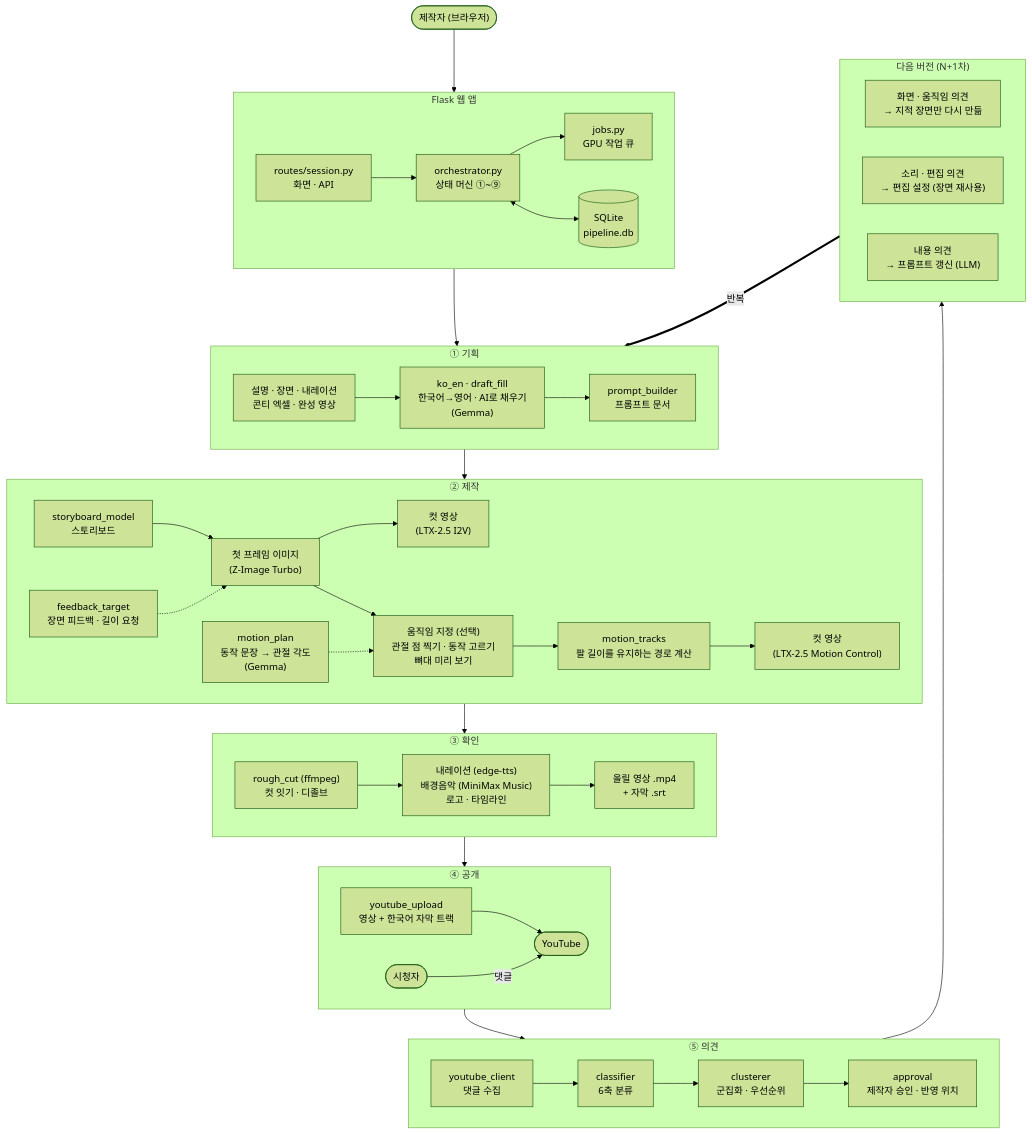
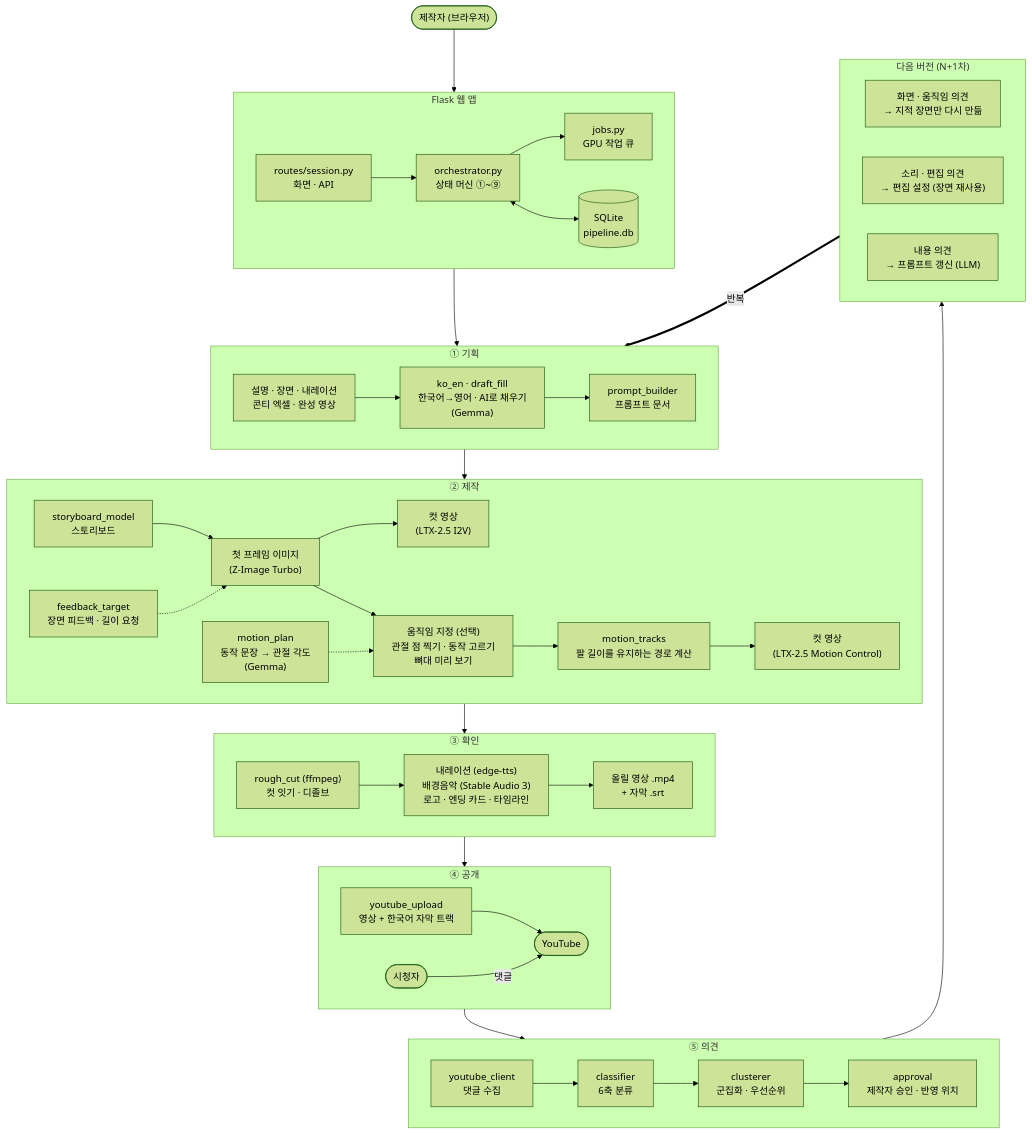
One commit to pgh165/project-ai-feedback changed the diagram in README.md. Above: the diagram before and after it, drawn with Mermaid (forest theme). The commit also changed other lines of this file and 30 other files, not shown here.

````diff
--- a/README.md
+++ b/README.md
@@ -86,50 +86,50 @@
 ```mermaid
 flowchart TB
     user(["제작자 (브라우저)"]) --> app
 
     subgraph app["Flask 웹 앱"]
         direction LR
         routes["routes/session.py<br/>화면 · API"] --> orch["orchestrator.py<br/>상태 머신 ①~⑨"] --> jobs["jobs.py<br/>GPU 작업 큐"]
         orch <--> db[("SQLite<br/>pipeline.db")]
     end
 
     subgraph s1["① 기획"]
         direction LR
         in1["설명 · 장면 · 내레이션<br/>콘티 엑셀 · 완성 영상"] --> koen["ko_en · draft_fill<br/>한국어→영어 · AI로 채우기<br/>(Gemma)"] --> prompt["prompt_builder<br/>프롬프트 문서"]
     end
 
     subgraph s2["② 제작"]
         direction LR
         sb["storyboard_model<br/>스토리보드"] --> img["첫 프레임 이미지<br/>(Z-Image Turbo)"] --> clip["컷 영상<br/>(LTX-2.5 I2V)"]
         fb["feedback_target<br/>장면 피드백 · 길이 요청"] -.-> img
         img --> motion["움직임 지정 (선택)<br/>관절 점 찍기 · 동작 고르기<br/>뼈대 미리 보기"]
         say["motion_plan<br/>동작 문장 → 관절 각도<br/>(Gemma)"] -.-> motion
         motion --> tracks["motion_tracks<br/>팔 길이를 유지하는 경로 계산"] --> mclip["컷 영상<br/>(LTX-2.5 Motion Control)"]
     end
 
     subgraph s3["③ 확인"]
         direction LR
-        rc["rough_cut (ffmpeg)<br/>컷 잇기 · 디졸브"] --> mix["내레이션 (edge-tts)<br/>배경음악 (MiniMax Music)<br/>로고 · 타임라인"] --> out["올릴 영상 .mp4<br/>+ 자막 .srt"]
+        rc["rough_cut (ffmpeg)<br/>컷 잇기 · 디졸브"] --> mix["내레이션 (edge-tts)<br/>배경음악 (Stable Audio 3)<br/>로고 · 엔딩 카드 · 타임라인"] --> out["올릴 영상 .mp4<br/>+ 자막 .srt"]
     end
 
     subgraph s4["④ 공개"]
         direction LR
         up["youtube_upload<br/>영상 + 한국어 자막 트랙"] --> yt(["YouTube"])
         viewer(["시청자"]) -- 댓글 --> yt
     end
 
     subgraph s5["⑤ 의견"]
         direction LR
         col["youtube_client<br/>댓글 수집"] --> cls["classifier<br/>6축 분류"] --> clu["clusterer<br/>군집화 · 우선순위"] --> appr["approval<br/>제작자 승인 · 반영 위치"]
     end
 
     subgraph nx["다음 버전 (N+1차)"]
         direction LR
         r1["화면 · 움직임 의견<br/>→ 지적 장면만 다시 만듦"]
         r2["소리 · 편집 의견<br/>→ 편집 설정 (장면 재사용)"]
         r3["내용 의견<br/>→ 프롬프트 갱신 (LLM)"]
     end
 
     app --> s1 --> s2 --> s3 --> s4 --> s5 --> nx
     nx == "반복" ==> s1
 ```
````
